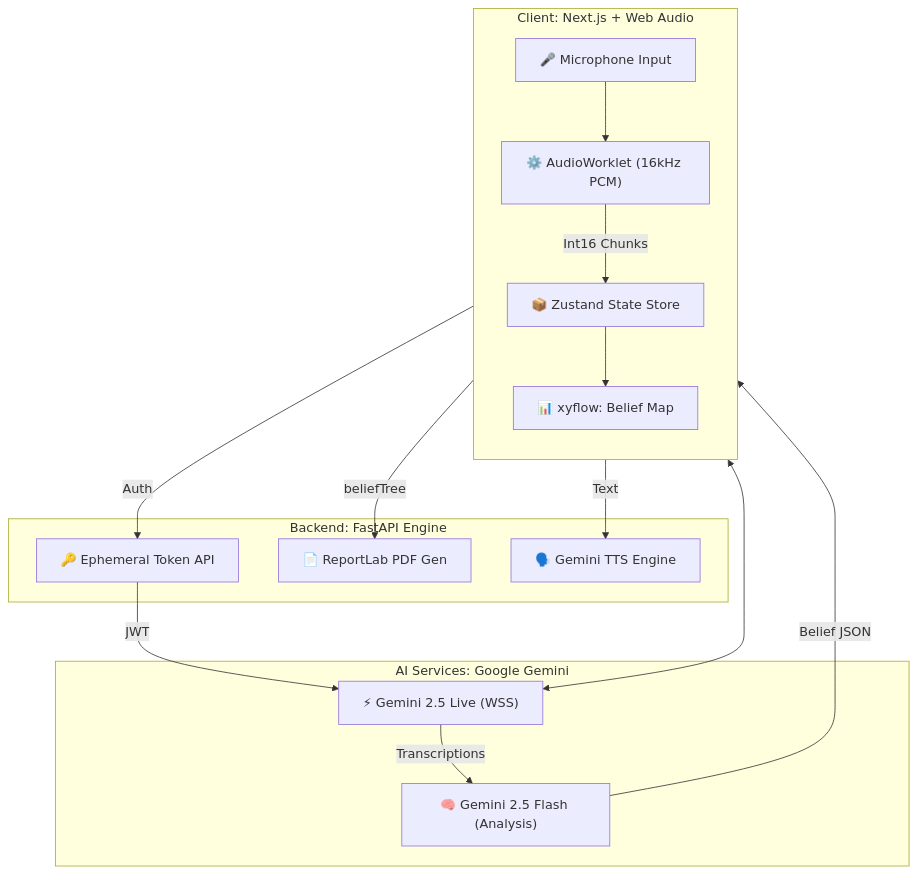
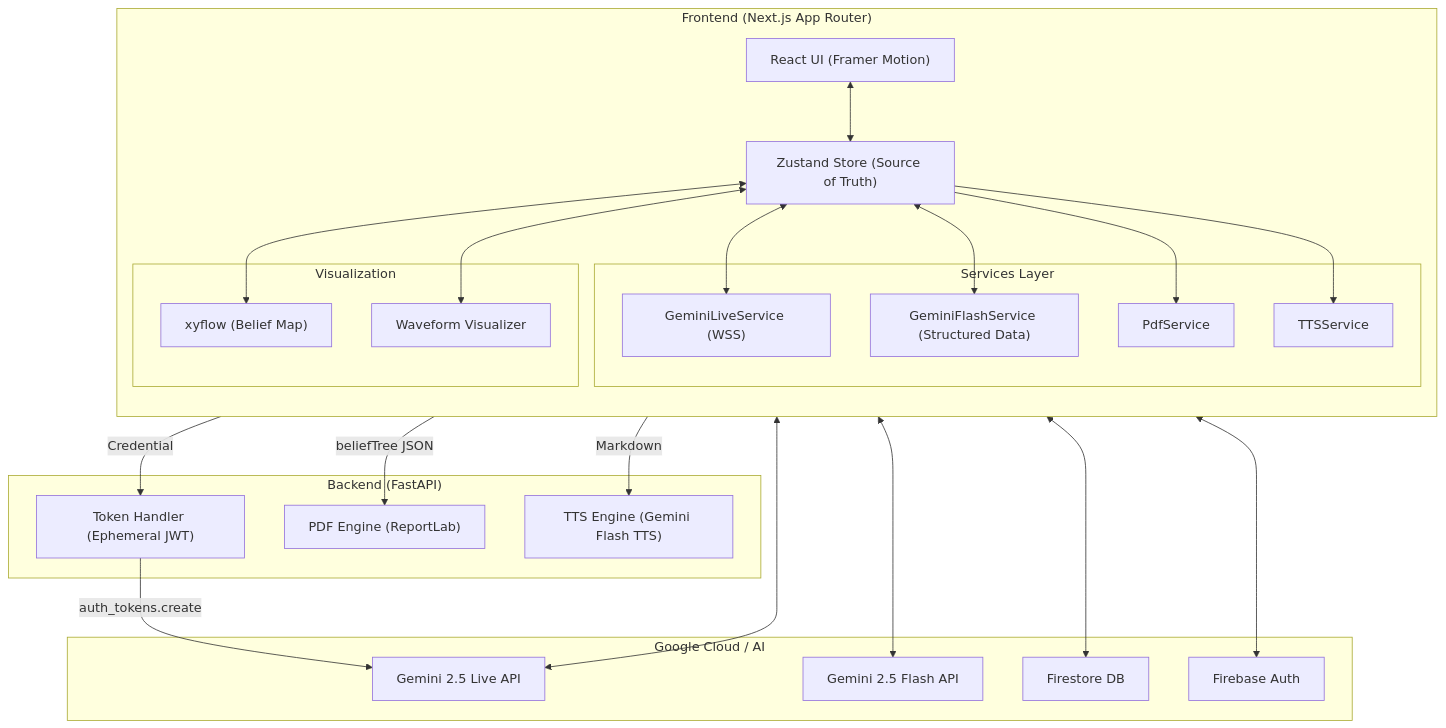
Before and after one commit to isumenuka/MindRoots: the second of 2 diagrams in README.md, drawn with Mermaid. The commit also changed other lines of this file, not shown here.

Commit message:
docs: expand and update the architecture section with detailed diagrams and explanations for audio pipeline, component interaction, authentication, and PDF generation.

````diff
--- a/README.md
+++ b/README.md
@@ -20,36 +46,57 @@
 ```mermaid
 graph TB
-    subgraph "Client: Next.js + Web Audio"
+    subgraph "Frontend (Next.js App Router)"
         direction TB
-        Mic["🎤 Microphone Input"]
-        AW["⚙️ AudioWorklet (16kHz PCM)"]
-        Store["📦 Zustand State Store"]
-        XY["📊 xyflow: Belief Map"]
+        UI["React UI (Framer Motion)"]
+        Store["Zustand Store (Source of Truth)"]
         
-        Mic --> AW
-        AW -- "Int16 Chunks" --> Store
+        subgraph "Services Layer"
+            GLS["GeminiLiveService (WSS)"]
+            GFS["GeminiFlashService (Structured Data)"]
+            PS["PdfService"]
+            TTS["TTSService"]
+        end
+        
+        subgraph "Visualization"
+            XY["xyflow (Belief Map)"]
+            WV["Waveform Visualizer"]
+        end
     end
 
-    subgraph "Backend: FastAPI Engine"
-        Token["🔑 Ephemeral Token API"]
-        PDF["📄 ReportLab PDF Gen"]
-        TTS["🗣️ Gemini TTS Engine"]
+    subgraph "Backend (FastAPI)"
+        TH["Token Handler (Ephemeral JWT)"]
+        PE["PDF Engine (ReportLab)"]
+        TE["TTS Engine (Gemini Flash TTS)"]
     end
 
-    subgraph "AI Services: Google Gemini"
-        Live["⚡ Gemini 2.5 Live (WSS)"]
-        Flash["🧠 Gemini 2.5 Flash (Analysis)"]
+    subgraph "Google Cloud / AI"
+        G_LIVE["Gemini 2.5 Live API"]
+        G_FLASH["Gemini 2.5 Flash API"]
+        FIRE["Firestore DB"]
+        AUTH["Firebase Auth"]
     end
 
-    %% Core Data Loops
-    Store <--> Live
-    Live -- "Transcriptions" --> Flash
-    Flash -- "Belief JSON" --> Store
-    Store --> XY
+    %% Flow: UI to Store
+    UI <--> Store
+    Store <--> XY
+    Store <--> WV
+
+    %% Flow: Store to Services
+    Store <--> GLS
+    Store <--> GFS
+    Store --> PS
+    Store --> TTS
+
+    %% External Connections
+    GLS <--> G_LIVE
+    GFS <--> G_FLASH
     
-    %% Support Services
-    Store -- "Auth" --> Token
-    Token -- "JWT" --> Live
-    Store -- "beliefTree" --> PDF
-    Store -- "Text" --> TTS
+    PS -- "beliefTree JSON" --> PE
+    TTS -- "Markdown" --> TE
+    
+    Store -- "Credential" --> TH
+    TH -- "auth_tokens.create" --> G_LIVE
+    
+    Store <--> FIRE
+    Store <--> AUTH
 ```
````
